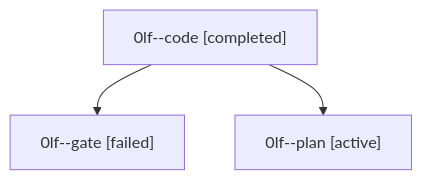
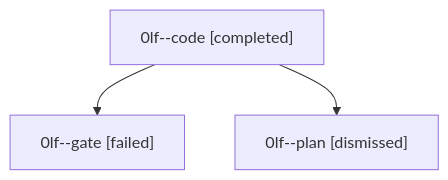
Before and after one commit to sase-org/sase--agents: the diagram in sessions/bbugyi200.athena.0lf.md, drawn with Mermaid. The commit also changed other lines of this file and 30 other files, not shown here.

````diff
--- a/sessions/bbugyi200.athena.0lf.md
+++ b/sessions/bbugyi200.athena.0lf.md
@@ -9,8 +9,8 @@
 ```mermaid
 flowchart TD
   n0["0lf--code [completed]"]
   n1["0lf--gate [failed]"]
   n0 --> n1
-  n2["0lf--plan [active]"]
+  n2["0lf--plan [dismissed]"]
   n0 --> n2
 ```
````
